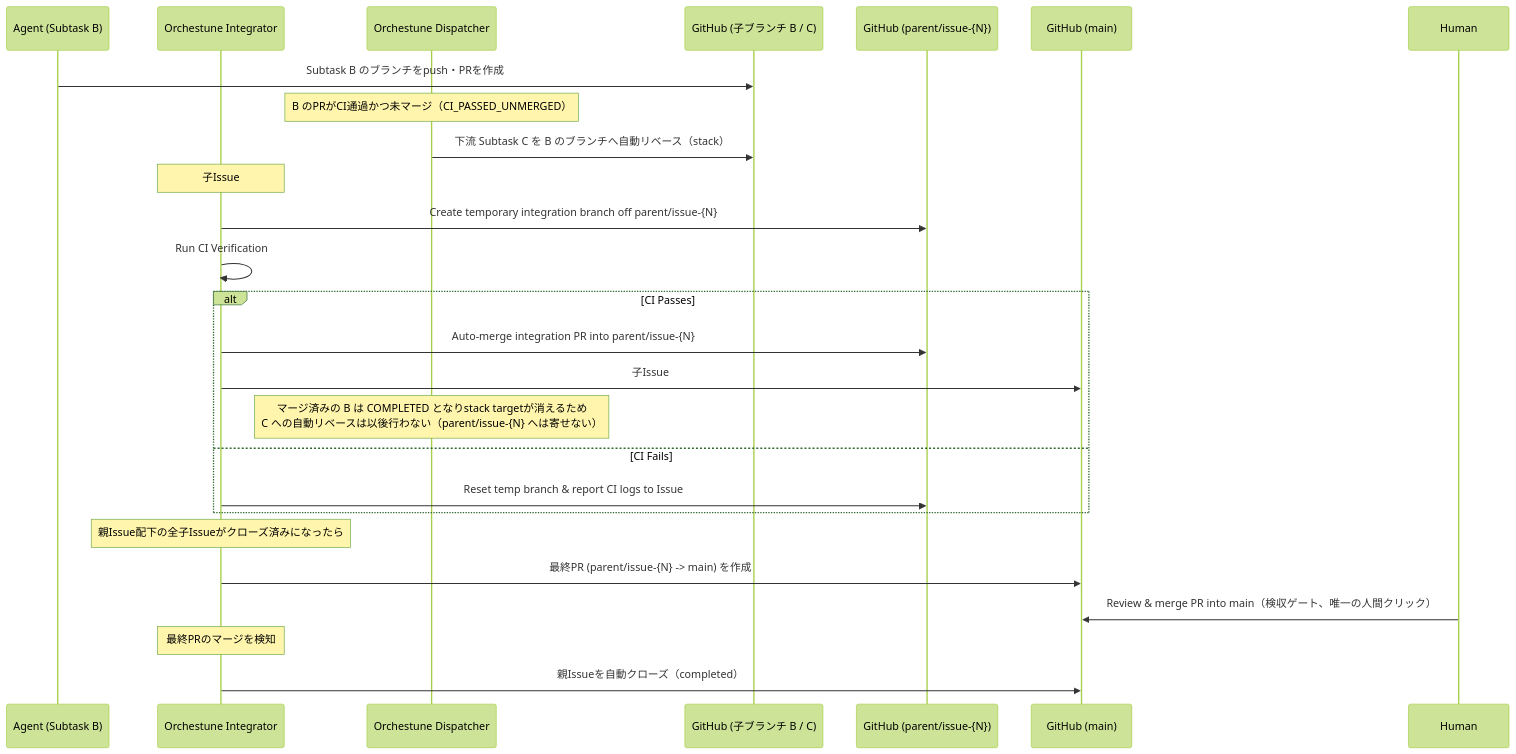
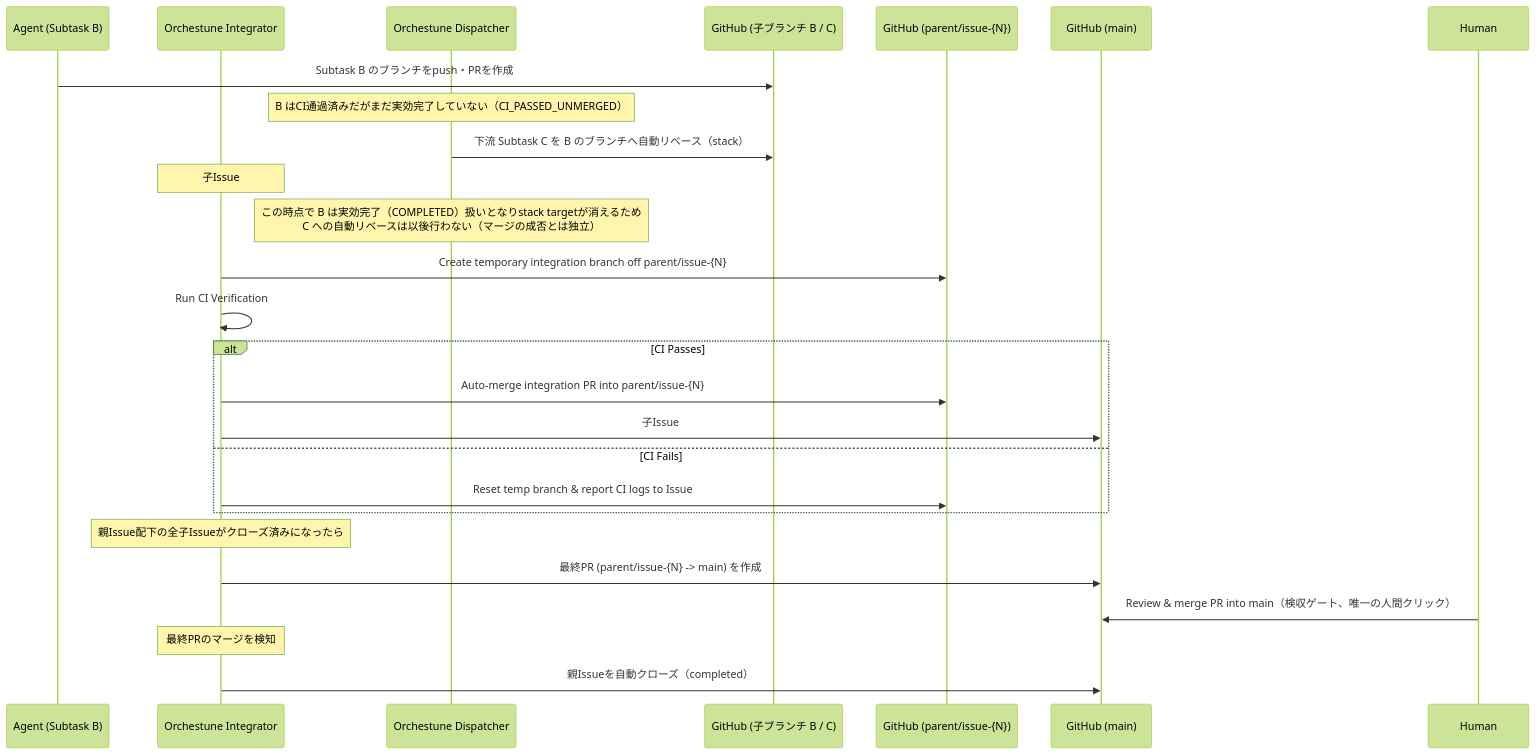
Before and after one commit to Saltmu/orchestune: the diagram in docs/ja/architecture/integration.md, drawn with Mermaid (forest theme). The commit also changed other lines of this file and 3 other files, not shown here.

First line of the commit message:
docs(architecture): tie stack-target loss to effective completion, not the merge (#910)

````diff
--- a/docs/ja/architecture/integration.md
+++ b/docs/ja/architecture/integration.md
@@ -13,29 +13,29 @@
 ```mermaid
 sequenceDiagram
     participant AG as Agent (Subtask B)
     participant IG as Orchestune Integrator
     participant DP as Orchestune Dispatcher
     participant CB as GitHub (子ブランチ B / C)
     participant PB as GitHub (parent/issue-{N})
     participant GH as GitHub (main)
     participant HU as Human
 
     AG->>CB: Subtask B のブランチをpush・PRを作成
-    Note over DP: B のPRがCI通過かつ未マージ（CI_PASSED_UNMERGED）
+    Note over DP: B はCI通過済みだがまだ実効完了していない（CI_PASSED_UNMERGED）
     DP->>CB: 下流 Subtask C を B のブランチへ自動リベース（stack）
     Note over IG: 子Issue #B が status:done に
+    Note over DP: この時点で B は実効完了（COMPLETED）扱いとなりstack targetが消えるため<br/>C への自動リベースは以後行わない（マージの成否とは独立）
     IG->>PB: Create temporary integration branch off parent/issue-{N}
     IG->>IG: Run CI Verification
     alt CI Passes
         IG->>PB: Auto-merge integration PR into parent/issue-{N}
         IG->>GH: 子Issue #B を自動クローズ（completed）
-        Note over DP: マージ済みの B は COMPLETED となりstack targetが消えるため<br/>C への自動リベースは以後行わない（parent/issue-{N} へは寄せない）
     else CI Fails
         IG->>PB: Reset temp branch & report CI logs to Issue #B
     end
     Note over IG: 親Issue配下の全子Issueがクローズ済みになったら
     IG->>GH: 最終PR (parent/issue-{N} -> main) を作成
     HU->>GH: Review & merge PR into main（検収ゲート、唯一の人間クリック）
     Note over IG: 最終PRのマージを検知
     IG->>GH: 親Issueを自動クローズ（completed）
 ```
````
